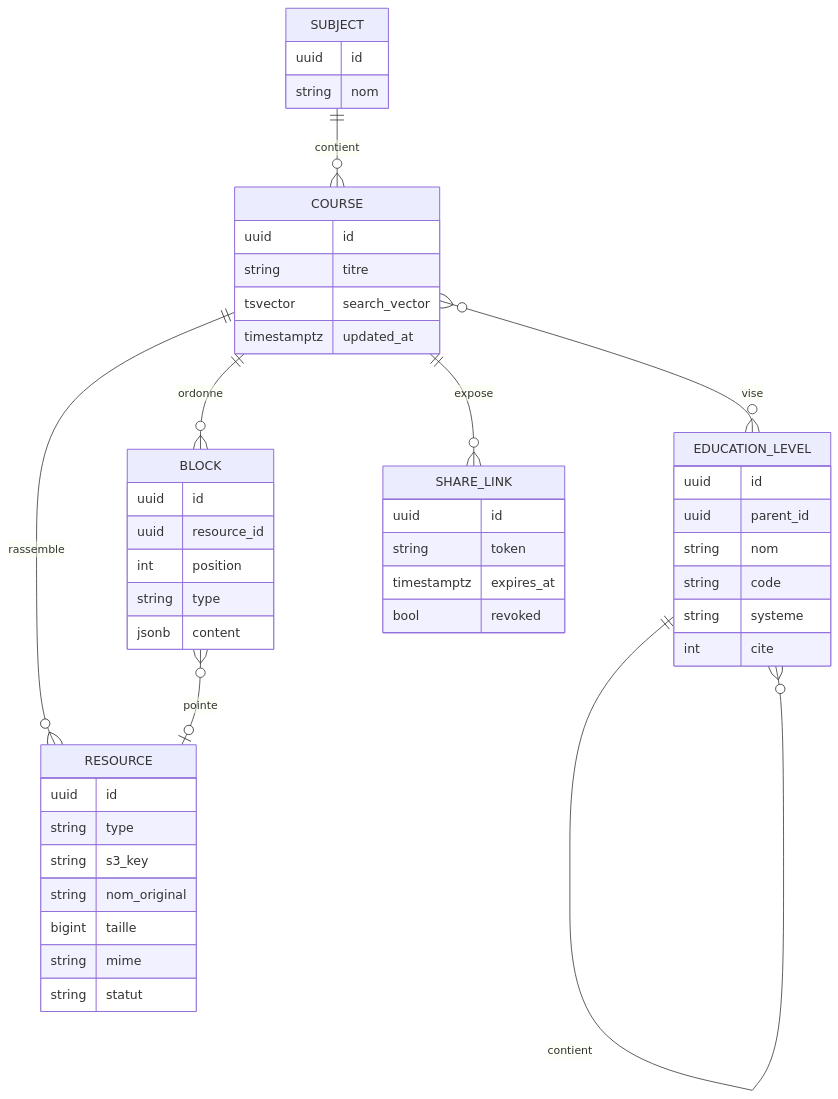
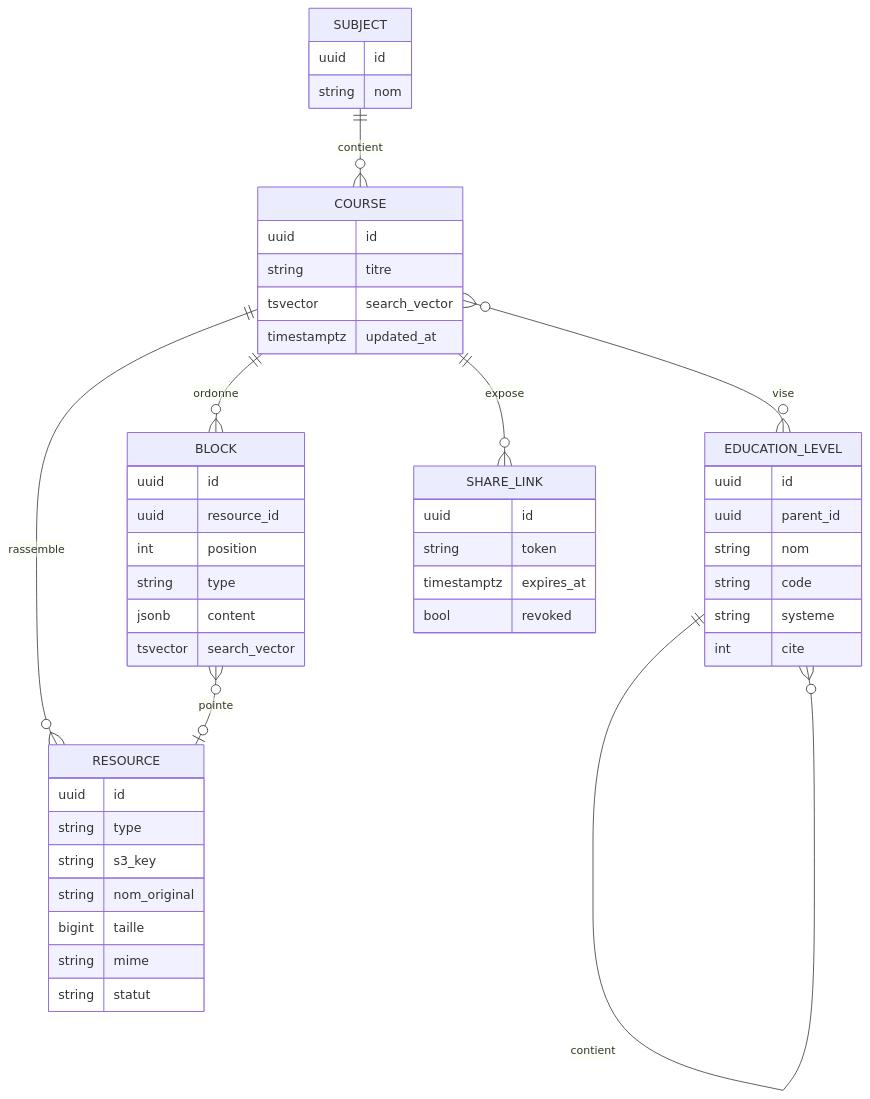
Before and after one commit to flobatard/OpenCartableFront: the second of 2 diagrams in Descriptions.md, drawn with Mermaid. The commit also changed other lines of this file and 35 other files, not shown here.

````diff
--- a/Descriptions.md
+++ b/Descriptions.md
@@ -161,51 +162,52 @@
 ```mermaid
 erDiagram
     SUBJECT ||--o{ COURSE : contient
     EDUCATION_LEVEL ||--o{ EDUCATION_LEVEL : contient
     COURSE  }o--o{ EDUCATION_LEVEL : vise
     COURSE  ||--o{ BLOCK : ordonne
     COURSE  ||--o{ RESOURCE : rassemble
     BLOCK   }o--o| RESOURCE : pointe
     COURSE  ||--o{ SHARE_LINK : expose
 
     SUBJECT {
       uuid id
       string nom
     }
     EDUCATION_LEVEL {
       uuid id
       uuid parent_id
       string nom
       string code
       string systeme
       int cite
     }
     COURSE {
       uuid id
       string titre
       tsvector search_vector
       timestamptz updated_at
     }
     BLOCK {
       uuid id
       uuid resource_id
       int position
       string type
       jsonb content
+      tsvector search_vector
     }
     RESOURCE {
       uuid id
       string type
       string s3_key
       string nom_original
       bigint taille
       string mime
       string statut
     }
     SHARE_LINK {
       uuid id
       string token
       timestamptz expires_at
       bool revoked
     }
 ```
````
